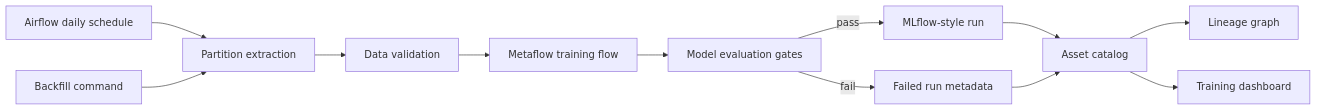
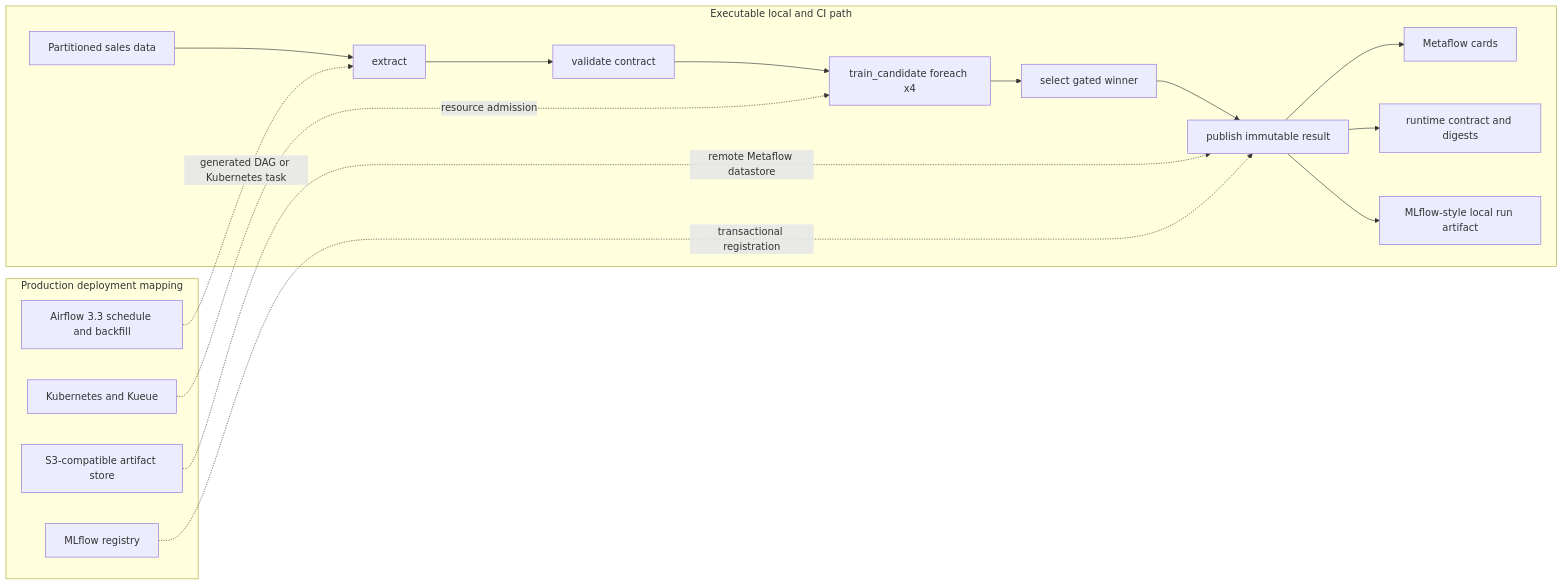
One commit to kevinmeix1/metaflow-airflow-training-platform changed the diagram in README.md. Above: the diagram before and after it, drawn with Mermaid. The commit also changed other lines of this file and 16 other files, not shown here.

Commit message:
Add executable Metaflow training runtime

````diff
--- a/README.md
+++ b/README.md
@@ -27,14 +58,20 @@
 ```mermaid
 flowchart LR
-    A["Airflow daily schedule"] --> B["Partition extraction"]
-    B --> C["Data validation"]
-    C --> D["Metaflow training flow"]
-    D --> E["Model evaluation gates"]
-    E -->|pass| F["MLflow-style run"]
-    E -->|fail| G["Failed run metadata"]
-    F --> H["Asset catalog"]
-    G --> H
-    H --> I["Lineage graph"]
-    H --> J["Training dashboard"]
-    K["Backfill command"] --> B
+  subgraph CI["Executable local and CI path"]
+    INPUT["Partitioned sales data"] --> EXTRACT["extract"]
+    EXTRACT --> VALIDATE["validate contract"]
+    VALIDATE --> FANOUT["train_candidate foreach x4"]
+    FANOUT --> SELECT["select gated winner"]
+    SELECT --> PUBLISH["publish immutable result"]
+    PUBLISH --> CARDS["Metaflow cards"]
+    PUBLISH --> CONTRACT["runtime contract and digests"]
+    PUBLISH --> RUNS["MLflow-style local run artifact"]
+  end
+
+  subgraph PROD["Production deployment mapping"]
+    AIRFLOW["Airflow 3.3 schedule and backfill"] -. "generated DAG or Kubernetes task" .-> EXTRACT
+    OBJECTS["S3-compatible artifact store"] -. "remote Metaflow datastore" .-> PUBLISH
+    MLFLOW["MLflow registry"] -. "transactional registration" .-> PUBLISH
+    K8S["Kubernetes and Kueue"] -. "resource admission" .-> FANOUT
+  end
 ```
````
